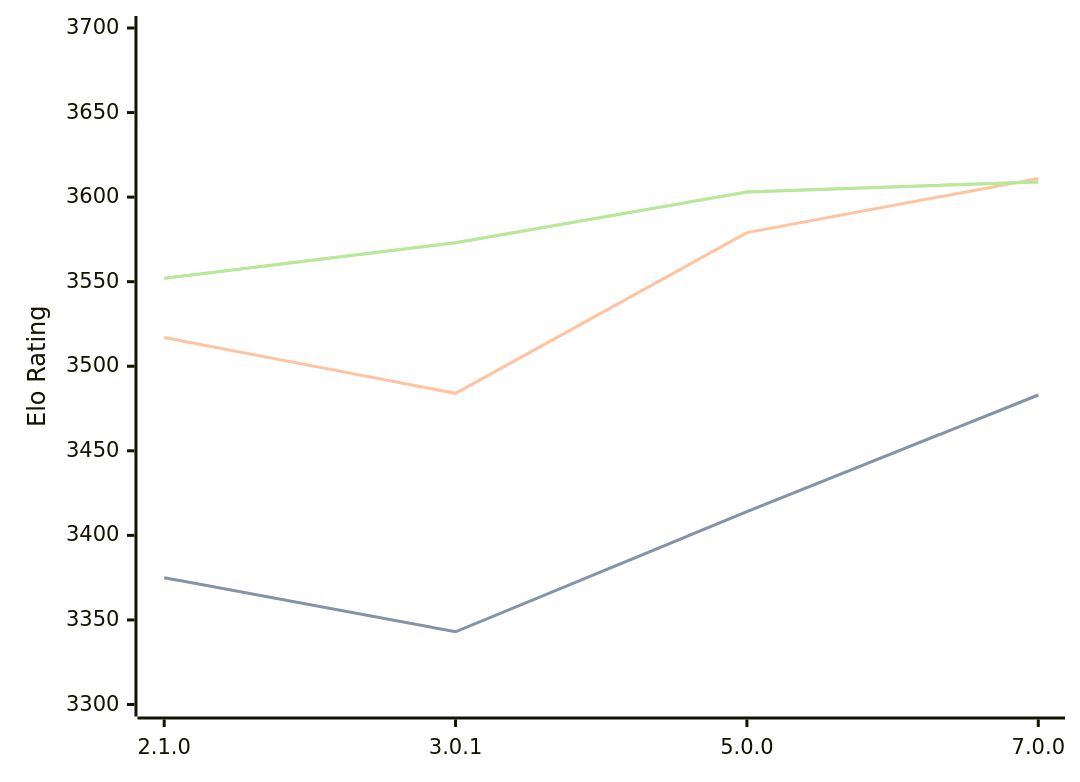
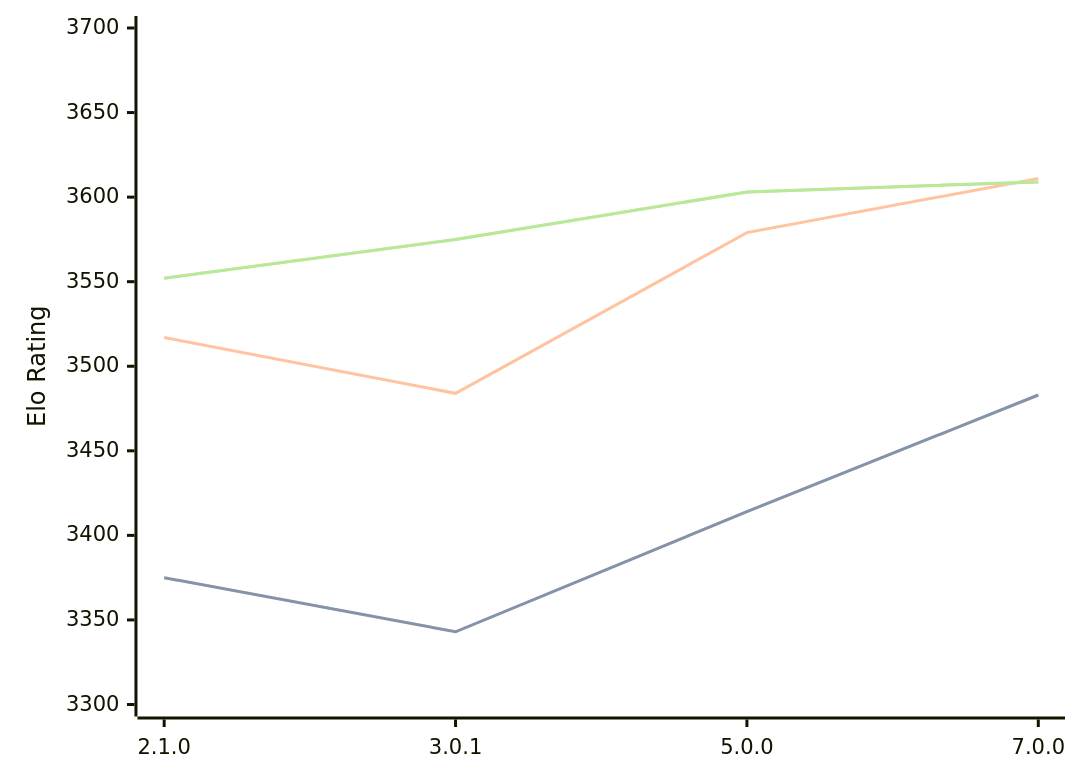
One commit to computer-chess-index/cci changed the diagram in engines/PlentyChess.md. Above: the diagram before and after it, drawn with Mermaid. The commit also changed other lines of this file, not shown here.

Commit message:
Update CCI Ratings (ELO VLTC) - 2026-05-15

````diff
--- a/engines/PlentyChess.md
+++ b/engines/PlentyChess.md
@@ -45,11 +45,11 @@
 ```mermaid
 %%{init: {"theme":"base","themeVariables":{"seriesColors:['#a3a3a3','#222221','#faa371']}}}%%
 xychart-beta
   x-axis ["2.1.0", "3.0.1", "5.0.0", "7.0.0"]
   y-axis "Elo Rating" 3300 --> 3700
   line "STC (8.0+0.08s)" [3375, 3343, 3414, 3483]
   line "STC (8.0+0.08s)" [3375, 3343, 3414, 3483]
   line "LTC (60.0+0.60s)" [3517, 3484, 3579, 3611]
-  line "VLTC (2m24s+1.12s)" [3552, 3573, 3603, 3609]
-  line "VLTC (2m24s+1.12s)" [3552, 3573, 3603, 3609]
+  line "VLTC (2m24s+1.12s)" [3552, 3575, 3603, 3609]
+  line "VLTC (2m24s+1.12s)" [3552, 3575, 3603, 3609]
 ```
````
